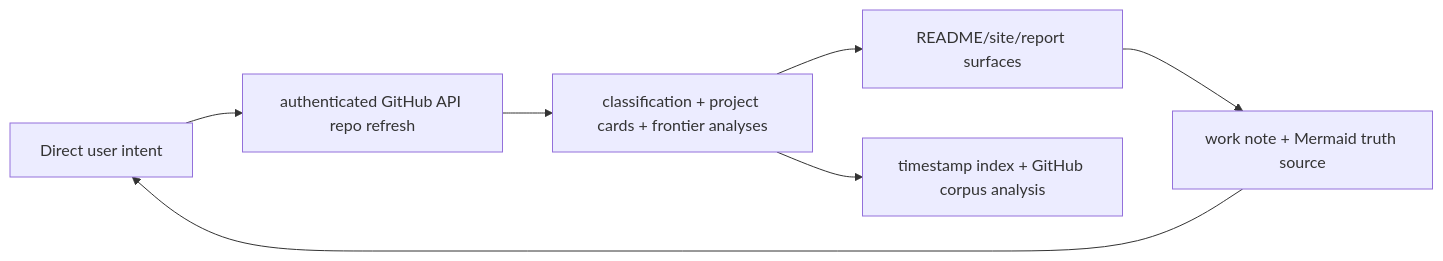
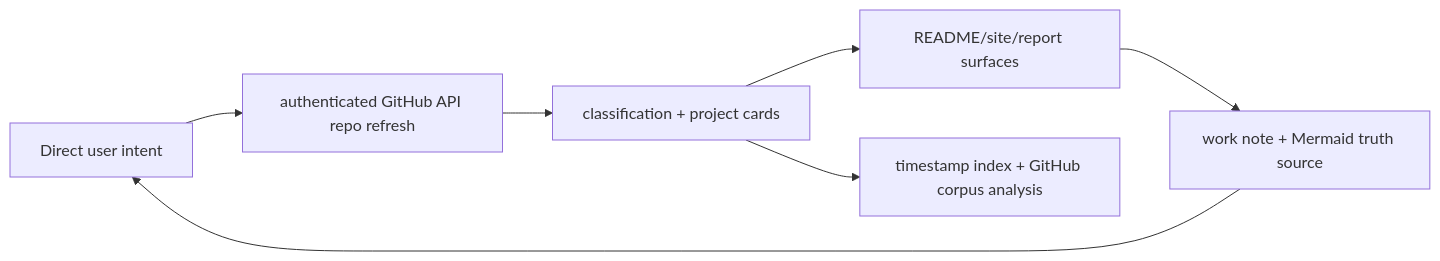
The diagram in .mermaid/current/graph.mmd (Shiyao-Huang/awesome-agent-evolution), drawn with Mermaid before and after one commit. The commit also changed 48 other files, not shown here.

```diff
--- a/.mermaid/current/graph.mmd
+++ b/.mermaid/current/graph.mmd
@@ -1,7 +1,7 @@
 flowchart LR
   intent["Direct user intent"] --> raw["authenticated GitHub API repo refresh"]
-  raw --> processed["classification + project cards + frontier analyses"]
+  raw --> processed["classification + project cards"]
   processed --> results["README/site/report surfaces"]
   processed --> indexes["timestamp index + GitHub corpus analysis"]
   results --> note["work note + Mermaid truth source"]
   note --> intent
```
